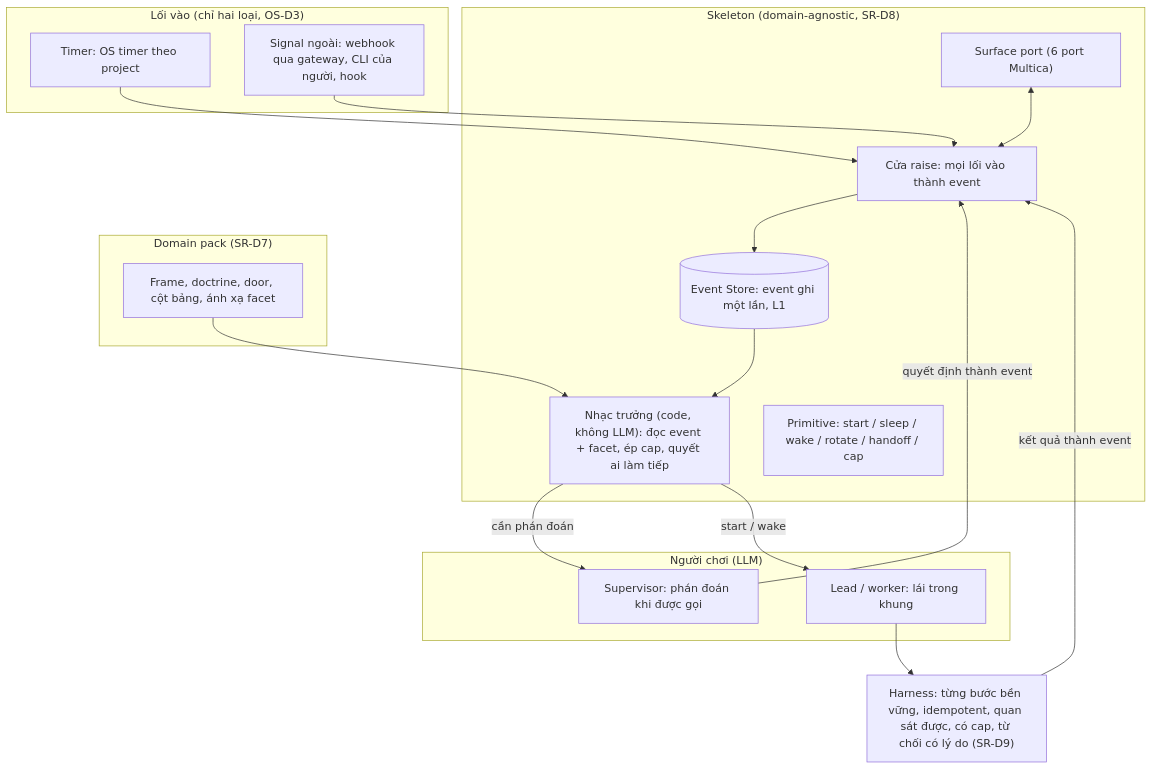
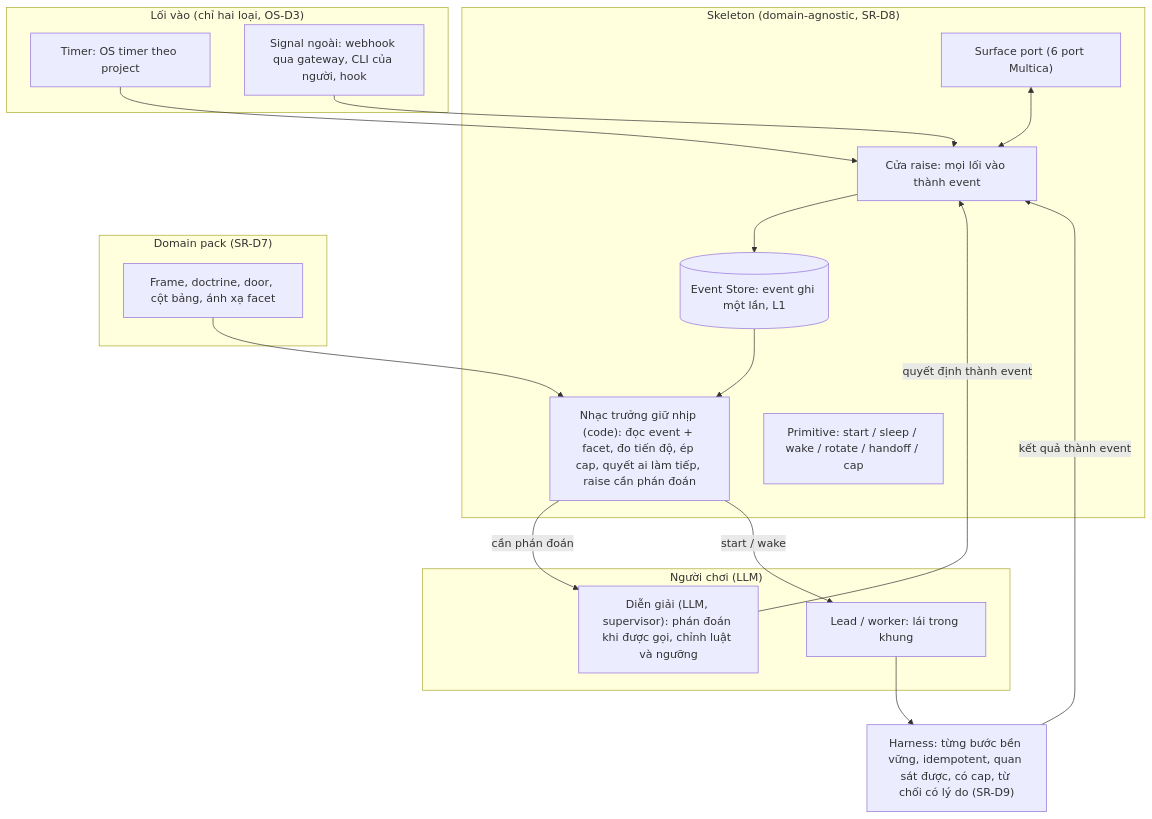
Before and after one commit to vantt/forgent: the diagram in docs/discussions/orchestration-skeleton/DISCUSSION.md, drawn with Mermaid. The commit also changed other lines of this file, not shown here.

````diff
--- a/docs/discussions/orchestration-skeleton/DISCUSSION.md
+++ b/docs/discussions/orchestration-skeleton/DISCUSSION.md
@@ -124,38 +138,38 @@
 ```mermaid
 flowchart TB
   subgraph Entry ["Lối vào (chỉ hai loại, OS-D3)"]
     T[Timer: OS timer theo project]
     X["Signal ngoài: webhook qua gateway, CLI của người, hook"]
   end
 
   subgraph Skeleton ["Skeleton (domain-agnostic, SR-D8)"]
     R["Cửa raise: mọi lối vào thành event"]
     ES[(Event Store: event ghi một lần, L1)]
-    C["Nhạc trưởng (code, không LLM): đọc event + facet, ép cap, quyết ai làm tiếp"]
+    C["Nhạc trưởng giữ nhịp (code): đọc event + facet, đo tiến độ, ép cap, quyết ai làm tiếp, raise cần phán đoán"]
     P["Primitive: start / sleep / wake / rotate / handoff / cap"]
     SP["Surface port (6 port Multica)"]
   end
 
   subgraph Domain ["Domain pack (SR-D7)"]
     DP["Frame, doctrine, door, cột bảng, ánh xạ facet"]
   end
 
   subgraph Players ["Người chơi (LLM)"]
-    SV[Supervisor: phán đoán khi được gọi]
+    SV["Diễn giải (LLM, supervisor): phán đoán khi được gọi, chỉnh luật và ngưỡng"]
     LD[Lead / worker: lái trong khung]
   end
 
   H["Harness: từng bước bền vững, idempotent, quan sát được, có cap, từ chối có lý do (SR-D9)"]
 
   T --> R
   X --> R
   SP <--> R
   R --> ES
   ES --> C
   DP --> C
   C -->|cần phán đoán| SV
   C -->|start / wake| LD
   SV -->|quyết định thành event| R
   LD --> H
   H -->|kết quả thành event| R
 ```
````
